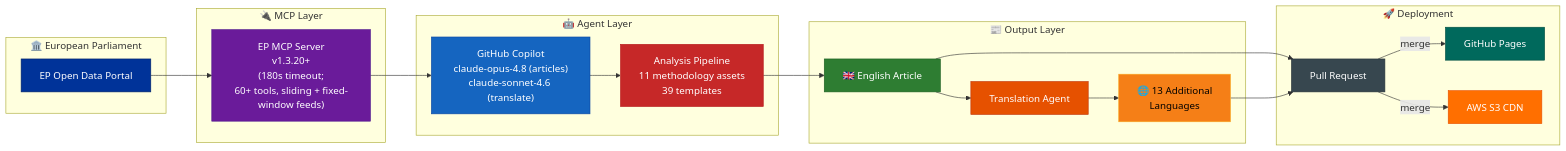
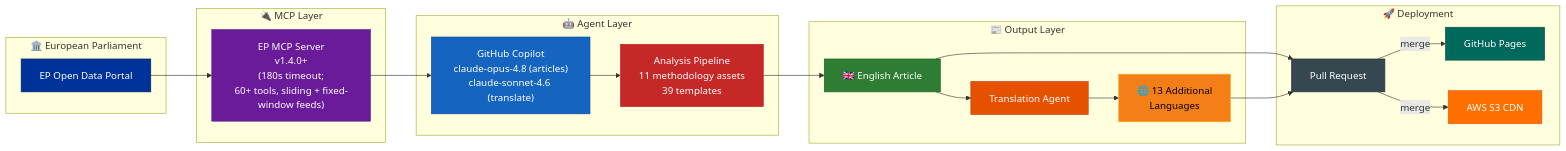
One commit to Hack23/euparliamentmonitor changed diagram 23 of 23 in WORKFLOWS.md. Above: the diagram before and after it, drawn with Mermaid. The commit also changed other lines of this file and 61 other files, not shown here.

Commit message:
chore: align EP MCP server references to 1.4.0

````diff
--- a/WORKFLOWS.md
+++ b/WORKFLOWS.md
@@ -2253,42 +2253,42 @@
 ```mermaid
 flowchart LR
     subgraph "🏛️ European Parliament"
         EP["EP Open Data Portal"]
     end
 
     subgraph "🔌 MCP Layer"
-        MCP["EP MCP Server<br/>v1.3.20+<br/>(180s timeout;<br/>60+ tools, sliding + fixed-window feeds)"]
+        MCP["EP MCP Server<br/>v1.4.0+<br/>(180s timeout;<br/>60+ tools, sliding + fixed-window feeds)"]
     end
 
     subgraph "🤖 Agent Layer"
         Agent["GitHub Copilot<br/>claude-opus-4.8 (articles)<br/>claude-sonnet-4.6 (translate)"]
         Analyze["Analysis Pipeline<br/>11 methodology assets<br/>39 templates"]
     end
 
     subgraph "📰 Output Layer"
         EN["🇬🇧 English Article"]
         Translate["Translation Agent"]
         Multi["🌐 13 Additional<br/>Languages"]
     end
 
     subgraph "🚀 Deployment"
         PR["Pull Request"]
         Pages["GitHub Pages"]
         S3["AWS S3 CDN"]
     end
 
     EP --> MCP --> Agent --> Analyze --> EN --> PR
     EN --> Translate --> Multi --> PR
     PR --> |"merge"| Pages & S3
 
     style EP fill:#003399,stroke:#002266,color:#FFFFFF
     style MCP fill:#6A1B9A,stroke:#4A148C,color:#FFFFFF
     style Agent fill:#1565C0,stroke:#0D47A1,color:#FFFFFF
     style Analyze fill:#C62828,stroke:#B71C1C,color:#FFFFFF
     style EN fill:#2E7D32,stroke:#1B5E20,color:#FFFFFF
     style Translate fill:#E65100,stroke:#BF360C,color:#FFFFFF
     style Multi fill:#F57F17,stroke:#F9A825,color:#000000
     style PR fill:#37474F,stroke:#263238,color:#FFFFFF
     style Pages fill:#00695C,stroke:#004D40,color:#FFFFFF
     style S3 fill:#FF6F00,stroke:#E65100,color:#FFFFFF
 ```
````
